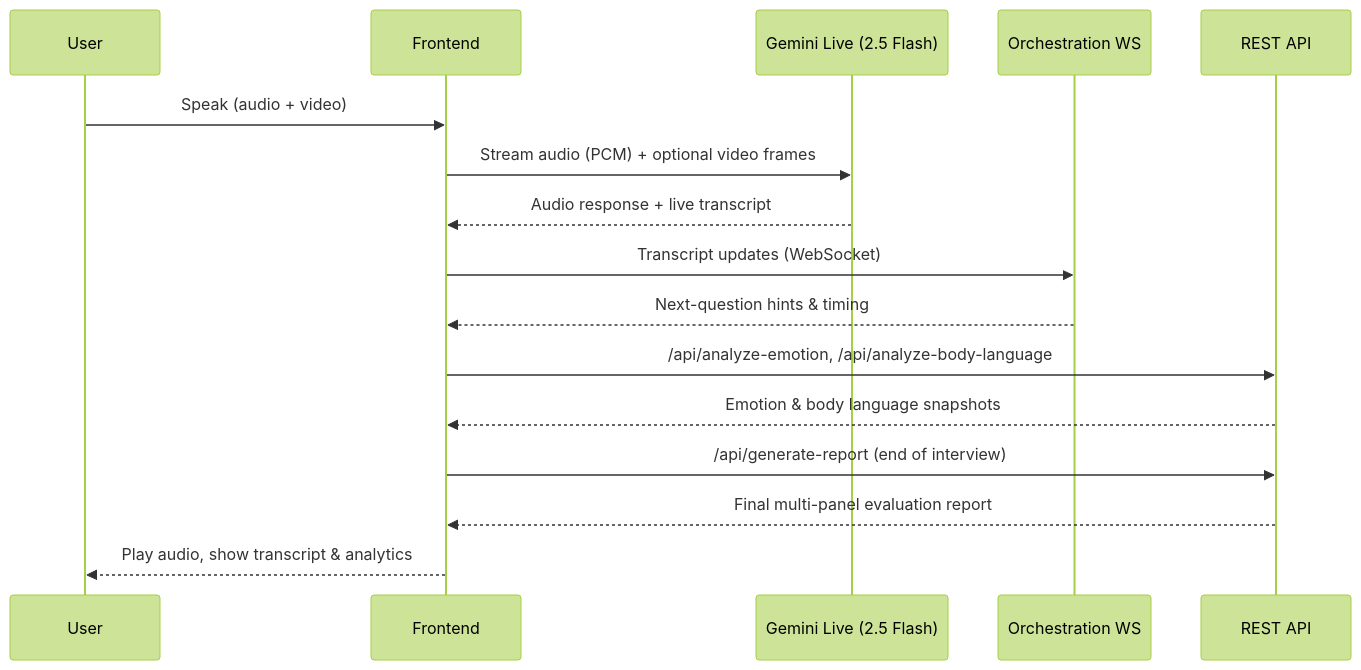
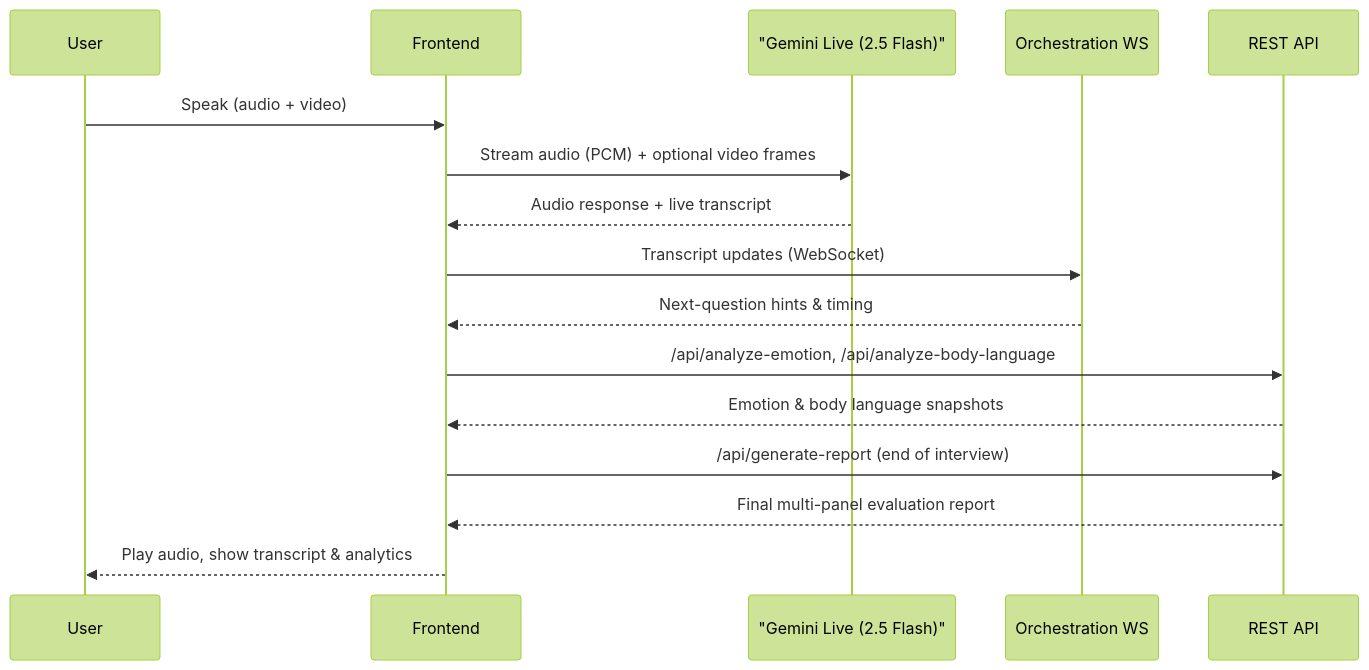
One commit to himavarshithreddy/InterviewOS changed the third of 5 diagrams in README.md. Above: the diagram before and after it, drawn with Mermaid (forest theme). The commit also changed other lines of this file, not shown here.

First line of the commit message:
Fix mermaid diagram rendering: quote labels with special characters

````diff
--- a/README.md
+++ b/README.md
@@ -95,23 +95,23 @@
 ```mermaid
 sequenceDiagram
     participant User
     participant Frontend
-    participant GeminiLive as Gemini Live (2.5 Flash)
+    participant GeminiLive as "Gemini Live (2.5 Flash)"
     participant Orchestrator as Orchestration WS
     participant REST as REST API
 
     User->>Frontend: Speak (audio + video)
     Frontend->>GeminiLive: Stream audio (PCM) + optional video frames
     GeminiLive-->>Frontend: Audio response + live transcript
 
     Frontend->>Orchestrator: Transcript updates (WebSocket)
     Orchestrator-->>Frontend: Next-question hints & timing
 
     Frontend->>REST: /api/analyze-emotion, /api/analyze-body-language
     REST-->>Frontend: Emotion & body language snapshots
 
     Frontend->>REST: /api/generate-report (end of interview)
     REST-->>Frontend: Final multi-panel evaluation report
 
     Frontend-->>User: Play audio, show transcript & analytics
 ```
````
